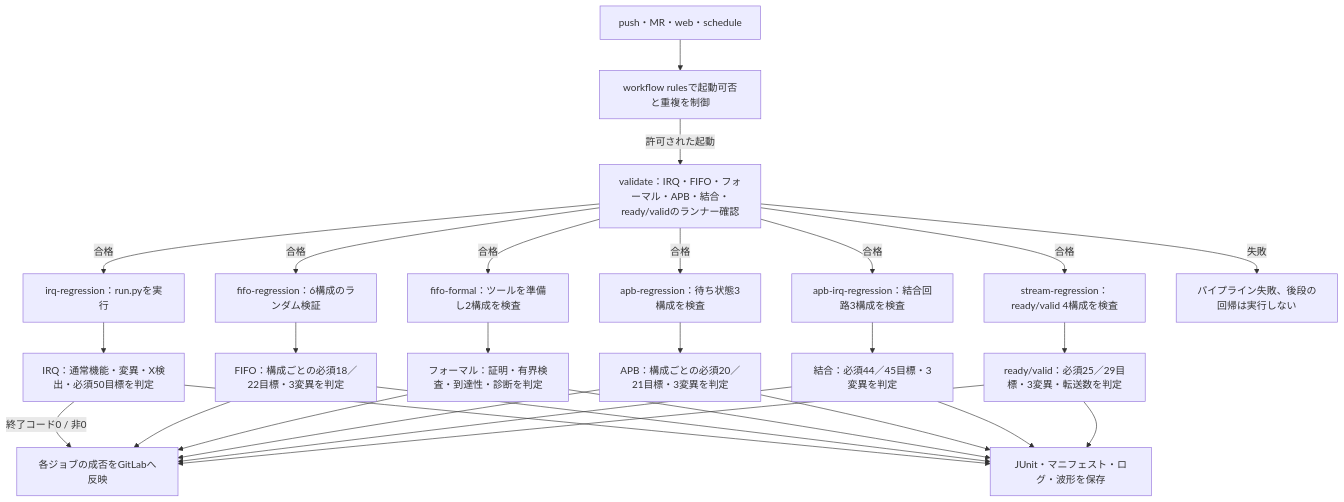
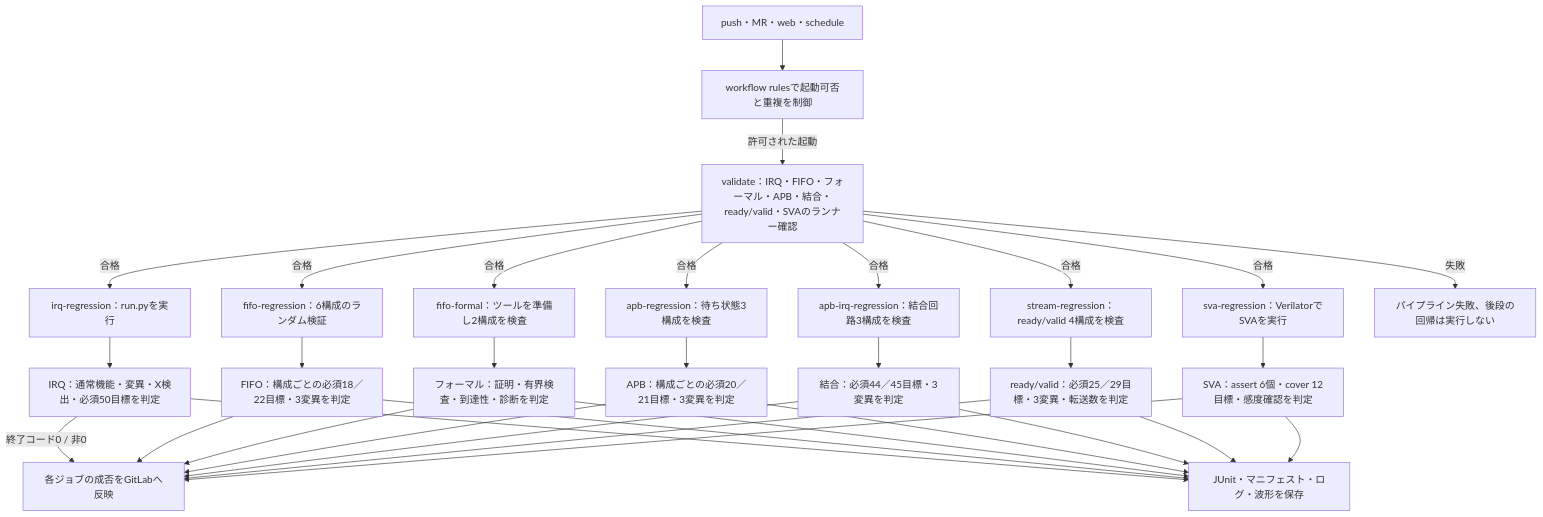
The diagram in examples/gitlab-regression/README.md (kurochan001/lsi-verification-method), drawn with Mermaid before and after one commit. The commit also changed other lines of this file and 14 other files, not shown here.

Commit message:
feat: add executable SVA verification and native cover auditing

````diff
--- a/examples/gitlab-regression/README.md
+++ b/examples/gitlab-regression/README.md
@@ -78,32 +78,36 @@
 ```mermaid
 flowchart TD
-  accTitle: 六つの検証例を実行するGitLabパイプライン
-  accDescr: workflowが許可した起動で六種類のランナー確認を行い、成功後にIRQ、FIFO六構成、フォーマル二構成、APB三構成とAPB・割込み結合三構成、ready/valid四構成を実行して結果と証跡を保存する。
+  accTitle: 七つの検証例を実行するGitLabパイプライン
+  accDescr: workflowが許可した起動で七種類のランナー確認を行い、成功後にIRQ、FIFO六構成、フォーマル二構成、APB三構成とAPB・割込み結合三構成、ready/valid四構成、SVA一構成を実行して結果と証跡を保存する。
   T["push・MR・web・schedule"] --> W["workflow rulesで起動可否と重複を制御"]
-  W -- "許可された起動" --> V["validate：IRQ・FIFO・フォーマル・APB・結合・ready/validのランナー確認"]
+  W -- "許可された起動" --> V["validate：IRQ・FIFO・フォーマル・APB・結合・ready/valid・SVAのランナー確認"]
   V -- "合格" --> R["irq-regression：run.pyを実行"]
   V -- "合格" --> Q["fifo-regression：6構成のランダム検証"]
   V -- "合格" --> M["fifo-formal：ツールを準備し2構成を検査"]
   V -- "合格" --> B["apb-regression：待ち状態3構成を検査"]
   V -- "合格" --> BI["apb-irq-regression：結合回路3構成を検査"]
   V -- "合格" --> S["stream-regression：ready/valid 4構成を検査"]
+  V -- "合格" --> SV["sva-regression：VerilatorでSVAを実行"]
   V -- "失敗" --> F["パイプライン失敗、後段の回帰は実行しない"]
   R --> G["IRQ：通常機能・変異・X検出・必須50目標を判定"]
   Q --> GQ["FIFO：構成ごとの必須18／22目標・3変異を判定"]
   M --> GM["フォーマル：証明・有界検査・到達性・診断を判定"]
   B --> GB["APB：構成ごとの必須20／21目標・3変異を判定"]
   BI --> GBI["結合：必須44／45目標・3変異を判定"]
   S --> GS["ready/valid：必須25／29目標・3変異・転送数を判定"]
+  SV --> GSV["SVA：assert 6個・cover 12目標・感度確認を判定"]
   G -- "終了コード0 / 非0" --> J["各ジョブの成否をGitLabへ反映"]
   GQ --> J
   GM --> J
   GB --> J
   GBI --> J
   GS --> J
+  GSV --> J
   G --> A["JUnit・マニフェスト・ログ・波形を保存"]
   GQ --> A
   GM --> A
   GB --> A
   GBI --> A
   GS --> A
+  GSV --> A
 ```
````
